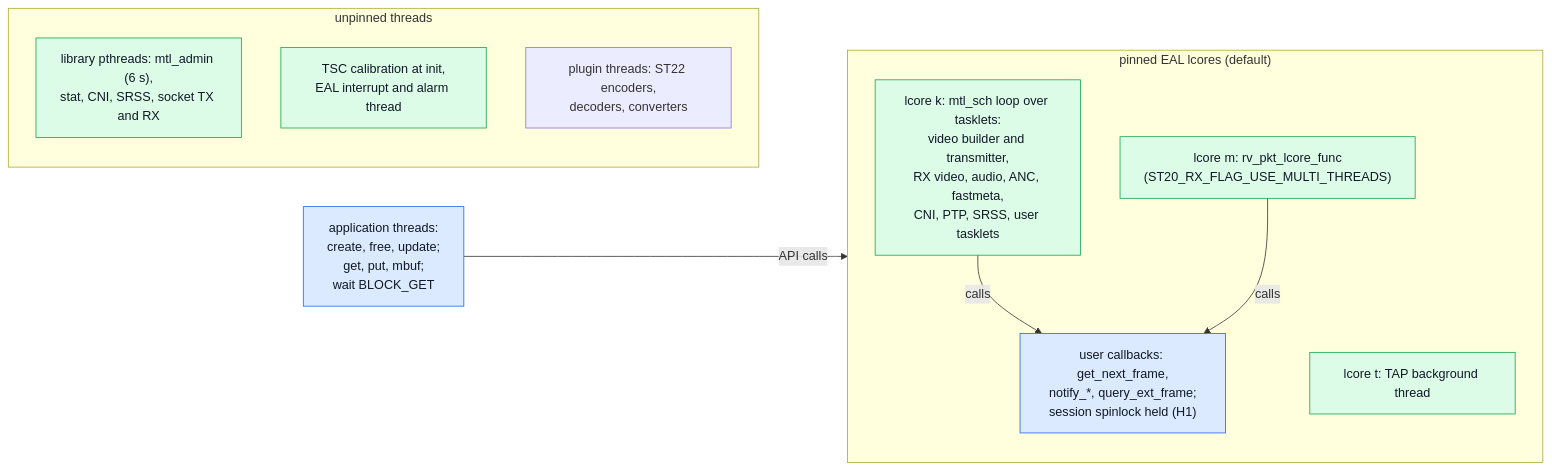
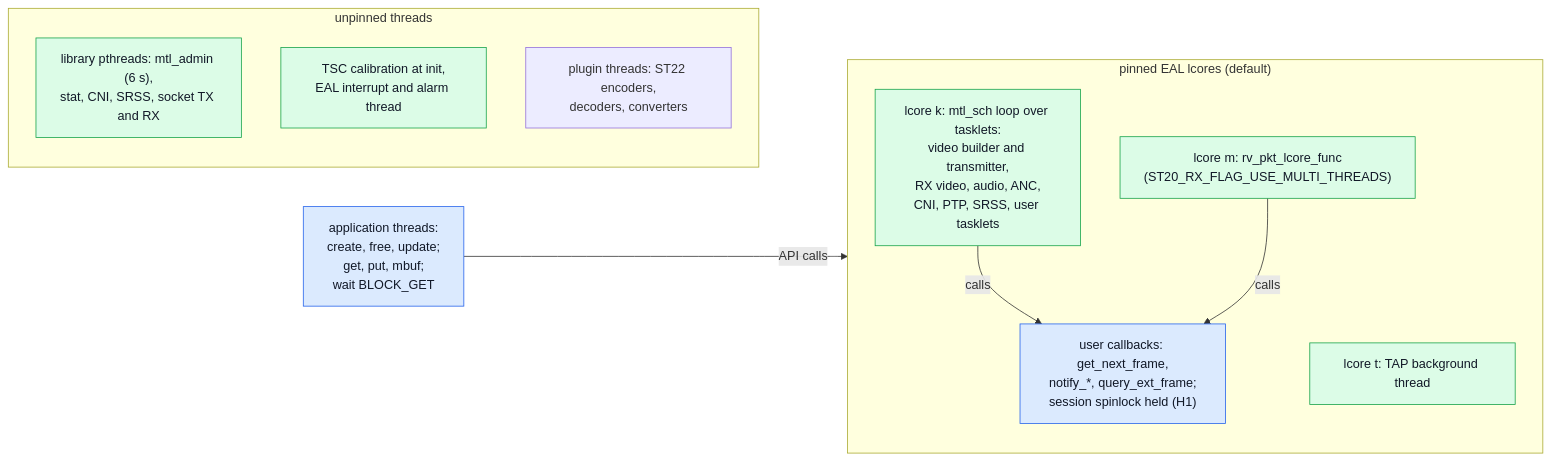
The third of 9 diagrams in doc/unified-api/legacy-internals.md (Sakoram/Media-Transport-Library), drawn with Mermaid before and after one commit. The commit also changed other lines of this file and 14 other files, not shown here.

````diff
--- a/doc/unified-api/legacy-internals.md
+++ b/doc/unified-api/legacy-internals.md
@@ -784,24 +794,24 @@
 ```mermaid
 flowchart LR
     APP["application threads:<br/>create, free, update;<br/>get, put, mbuf;<br/>wait BLOCK_GET"]
     subgraph PIN["pinned EAL lcores (default)"]
         direction TB
-        SCH["lcore k: mtl_sch loop over tasklets:<br/>video builder and transmitter,<br/>RX video, audio, ANC, fastmeta,<br/>CNI, PTP, SRSS, user tasklets"]
+        SCH["lcore k: mtl_sch loop over tasklets:<br/>video builder and transmitter,<br/>RX video, audio, ANC,<br/>CNI, PTP, SRSS, user tasklets"]
         PKT["lcore m: rv_pkt_lcore_func<br/>(ST20_RX_FLAG_USE_MULTI_THREADS)"]
         CB["user callbacks: get_next_frame,<br/>notify_*, query_ext_frame;<br/>session spinlock held (H1)"]
         TAP["lcore t: TAP background thread"]
     end
     subgraph OTHER["unpinned threads"]
         direction TB
         ADM["library pthreads: mtl_admin (6 s),<br/>stat, CNI, SRSS, socket TX and RX"]
         EAL["TSC calibration at init,<br/>EAL interrupt and alarm thread"]
         PLG["plugin threads: ST22 encoders,<br/>decoders, converters"]
     end
     APP -->|"API calls"| SCH
     SCH -->|"calls"| CB
     PKT -->|"calls"| CB
     classDef app fill:#dbeafe,stroke:#2563eb,color:#111827
     classDef mtl fill:#dcfce7,stroke:#16a34a,color:#111827
     class APP,CB app
     class SCH,PKT,TAP,ADM,EAL mtl
 ```
````
